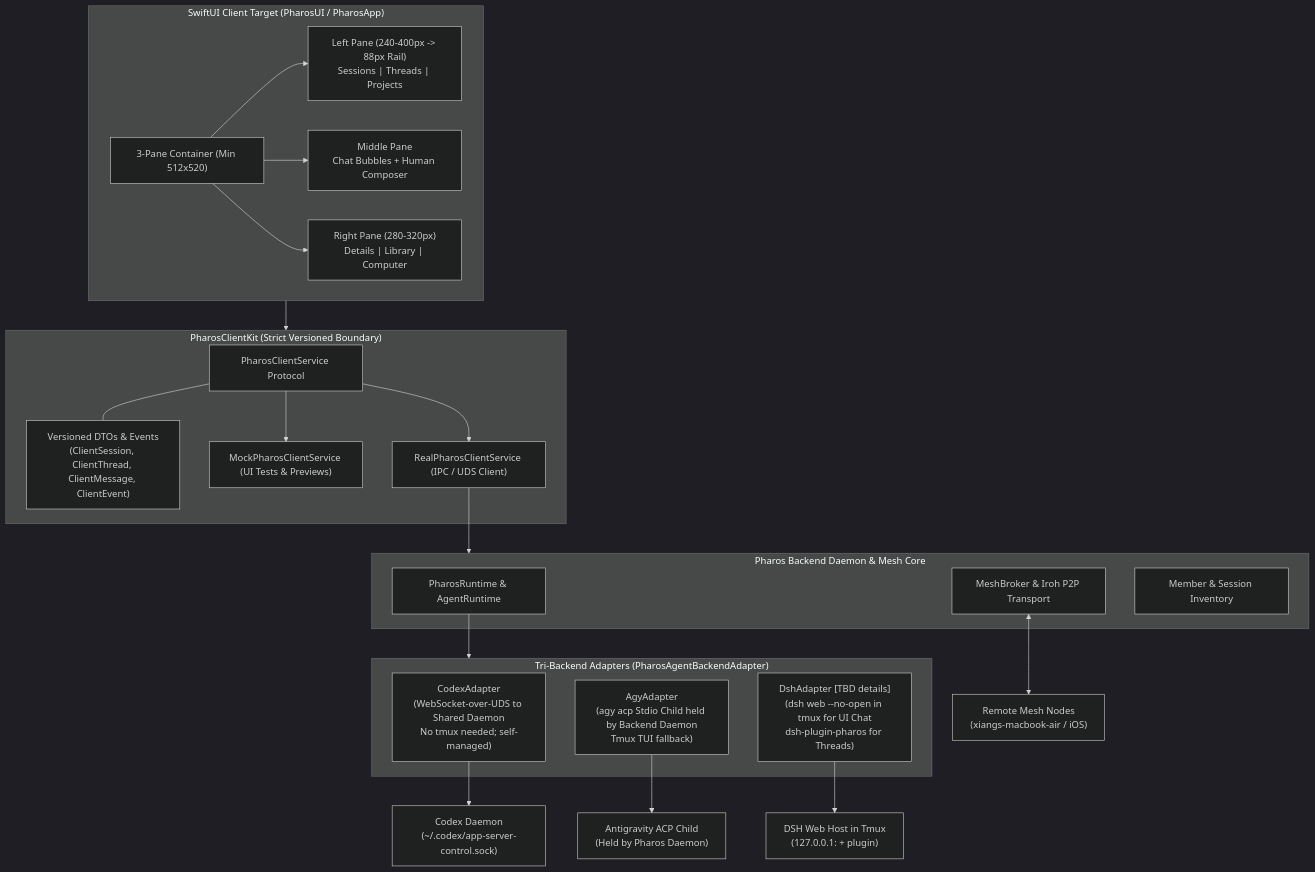
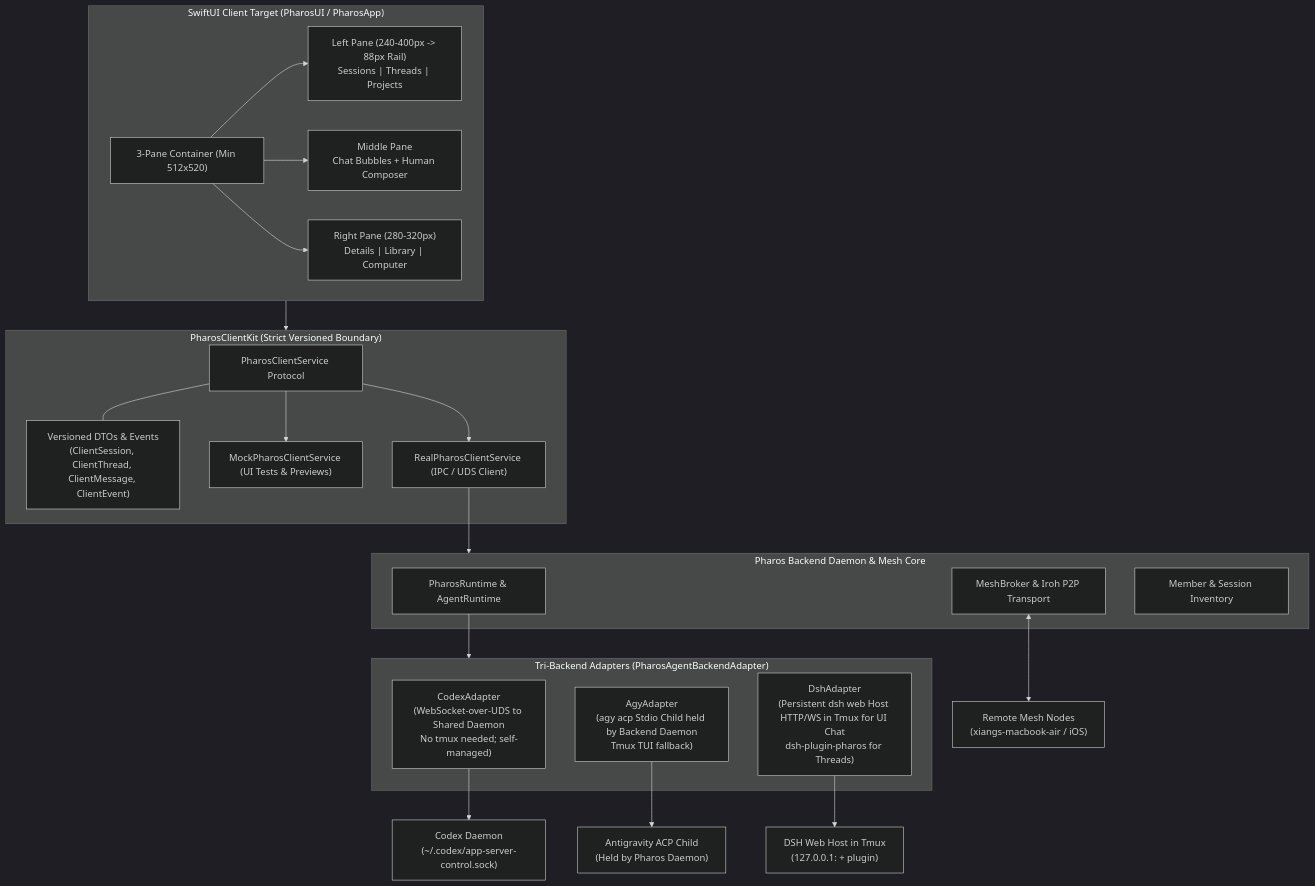
The first of 2 diagrams in .agy-tasks/PLAN.md (baixianger/pharos), drawn with Mermaid (dark theme) before and after one commit. The commit also changed other lines of this file and 2 other files, not shown here.

Commit message:
docs(m3): finalize dsh-web adapter design and capability matrix from Research C

````diff
--- a/.agy-tasks/PLAN.md
+++ b/.agy-tasks/PLAN.md
@@ -156,42 +156,42 @@
 ```mermaid
 flowchart TD
     subgraph UI ["SwiftUI Client Target (PharosUI / PharosApp)"]
         Nav["3-Pane Container (Min 512x520)"]
         LeftPane["Left Pane (240-400px -> 88px Rail)<br>Sessions | Threads | Projects"]
         MidPane["Middle Pane<br>Chat Bubbles + Human Composer"]
         RightPane["Right Pane (280-320px)<br>Details | Library | Computer"]
         Nav --> LeftPane
         Nav --> MidPane
         Nav --> RightPane
     end
 
     subgraph API ["PharosClientKit (Strict Versioned Boundary)"]
         Service["PharosClientService Protocol"]
         DTOs["Versioned DTOs & Events<br>(ClientSession, ClientThread, ClientMessage, ClientEvent)"]
         Mock["MockPharosClientService (UI Tests & Previews)"]
         Real["RealPharosClientService (IPC / UDS Client)"]
         Service --- DTOs
         Service --> Mock
         Service --> Real
     end
 
     subgraph Backend ["Pharos Backend Daemon & Mesh Core"]
         Runtime["PharosRuntime & AgentRuntime"]
         Broker["MeshBroker & Iroh P2P Transport"]
         Registry["Member & Session Inventory"]
     end
 
     subgraph Adapters ["Tri-Backend Adapters (PharosAgentBackendAdapter)"]
         CodexAd["CodexAdapter<br>(WebSocket-over-UDS to Shared Daemon<br>No tmux needed; self-managed)"]
         AgyAd["AgyAdapter<br>(agy acp Stdio Child held by Backend Daemon<br>Tmux TUI fallback)"]
-        DshAd["DshAdapter [TBD details]<br>(dsh web --no-open in tmux for UI Chat<br>dsh-plugin-pharos for Threads)"]
+        DshAd["DshAdapter<br>(Persistent dsh web Host HTTP/WS in Tmux for UI Chat<br>dsh-plugin-pharos for Threads)"]
     end
 
     UI --> API
     Real --> Backend
     Runtime --> Adapters
     CodexAd --> CodexCLI["Codex Daemon<br>(~/.codex/app-server-control.sock)"]
     AgyAd --> AgyCLI["Antigravity ACP Child<br>(Held by Pharos Daemon)"]
     DshAd --> DshCLI["DSH Web Host in Tmux<br>(127.0.0.1:<port> + plugin)"]
     Broker <--> RemoteMesh["Remote Mesh Nodes<br>(xiangs-macbook-air / iOS)"]
 ```
````
